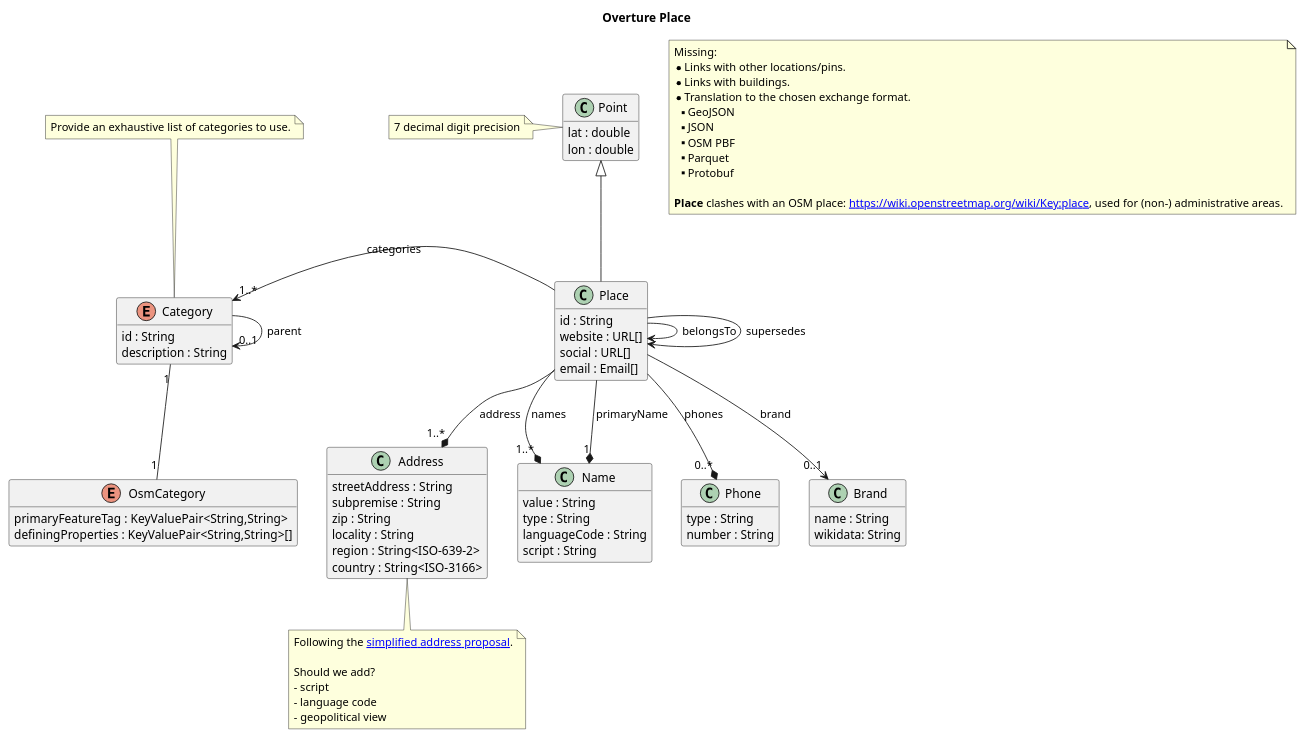
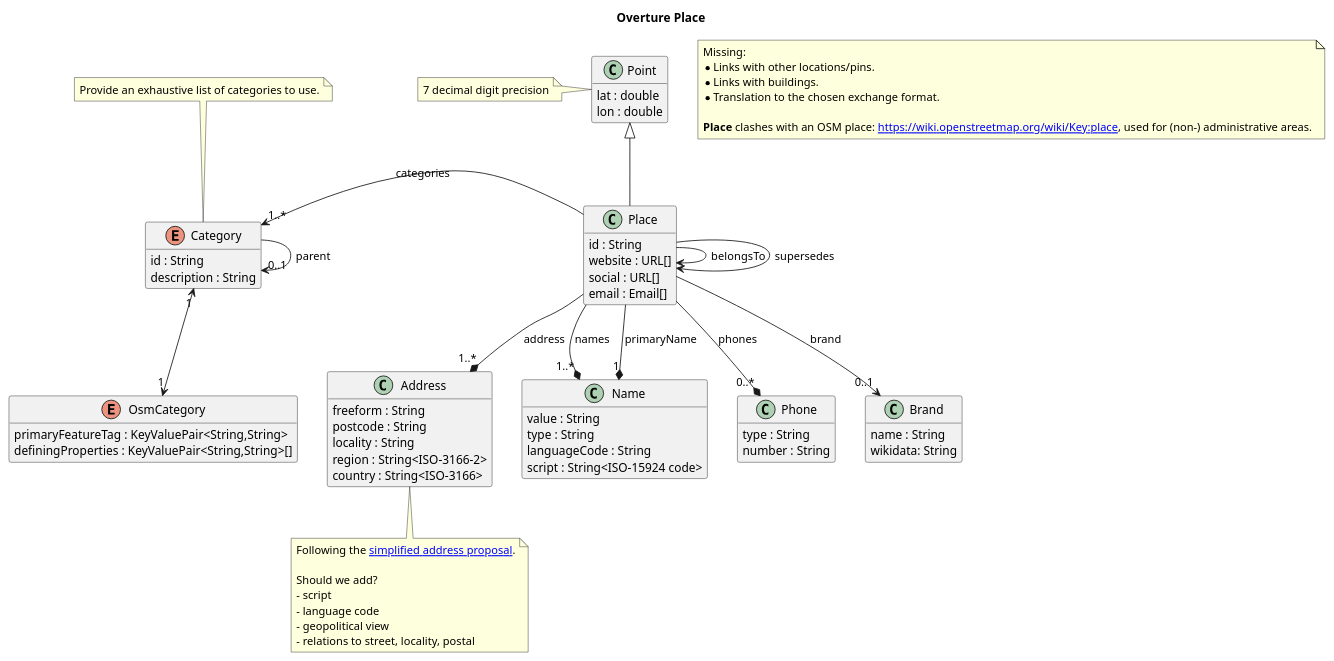
Before and after one commit to OvertureMaps/schema: the diagram in places/Place.puml, drawn with PlantUML.

Commit message:
Updated after address discussion

```diff
--- a/places/Place.puml
+++ b/places/Place.puml
@@ -1,118 +1,113 @@
 @startuml Overture Place
 
 hide empty members
 
 title Overture Place
 
 note as N
 Missing:
 * Links with other locations/pins.
 * Links with buildings.
 * Translation to the chosen exchange format.
-** GeoJSON
-** JSON
-** OSM PBF
-** Parquet
-** Protobuf
 
 **Place** clashes with an OSM place: [[https://wiki.openstreetmap.org/wiki/Key:place]], used for (non-) administrative areas.
 end note
 
 class Place {
     id : String
     website : URL[]
     social : URL[]
     email : Email[]
 }
 
 note left of Place::ID
 Data type dependent on GERS spec.
 end note
 
 enum Category {
     id : String
     description : String
 }
 
 enum OsmCategory {
     primaryFeatureTag : KeyValuePair<String,String>
     definingProperties : KeyValuePair<String,String>[]
 }
 
-Category "1" -- "1" OsmCategory
+Category "1" <--> "1" OsmCategory
 
 
 ' enum OvertureCategory
 
 note top of Category
 Provide an exhaustive list of categories to use.
 end note
 
 class Address {
-    streetAddress : String
-    subpremise : String
-    zip : String
+    freeform : String
+    postcode : String
     locality : String
-    region : String<ISO-639-2>
+    region : String<ISO-3166-2>
     country : String<ISO-3166>
 
     ' houseNumber : String
     ' unit : String
     ' street : String
     ' city : String
     ' neighbourhood : String
     ' region: String
     ' subRegion: String
     ' country : String
     ' postalCode: String
 }
 
 note bottom of Address
 Following the [[https://microsoft.sharepoint.com/:w:/r/teams/Overture/Shared%20Documents/Places%20Workstream/Meta%20-%20Address%20Schema%20for%20Overture.docx?d=wfa5c2efb03c14c12b5997e435a619681&csf=1&web=1&e=jqauNP simplified address proposal]].
 
 Should we add?
 - script
 - language code
 - geopolitical view
+- relations to street, locality, postal
 end note
 
 class Point {
     lat : double
     lon : double
 }
 
 note left of Point
 7 decimal digit precision
 end note
 
 class Name {
     value : String
     type : String
     languageCode : String
-    script : String
+    script : String<ISO-15924 code>
 }
 
 class Phone {
     type : String
     number : String
 }
 
 class Brand {
     name : String
     wikidata: String
 }
 
 Place --* "1..*" Address : address
 Place -up-|> Point
 Place --* "1..*" Name : names
 Place --* "1" Name : primaryName
 Place --* "0..*" Phone : phones
 Place --> "0..1" Brand : brand
 Place -> Place : belongsTo
 Place -> Place : supersedes
 Place -left-> "1..*" Category : categories
 
 Category --> "0..1" Category : parent
 ' OvertureCategory -[hidden]- Category
 
 @enduml
```
